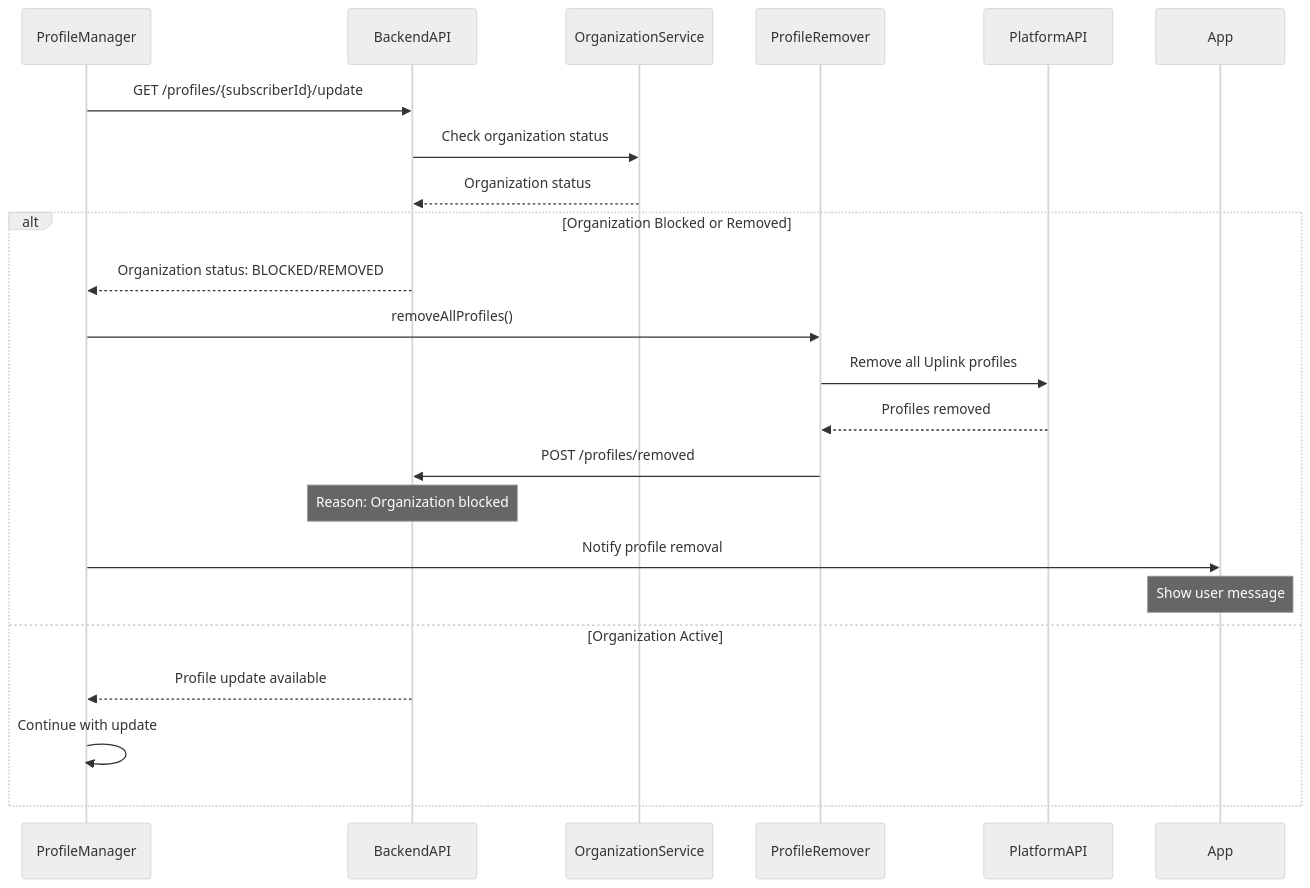
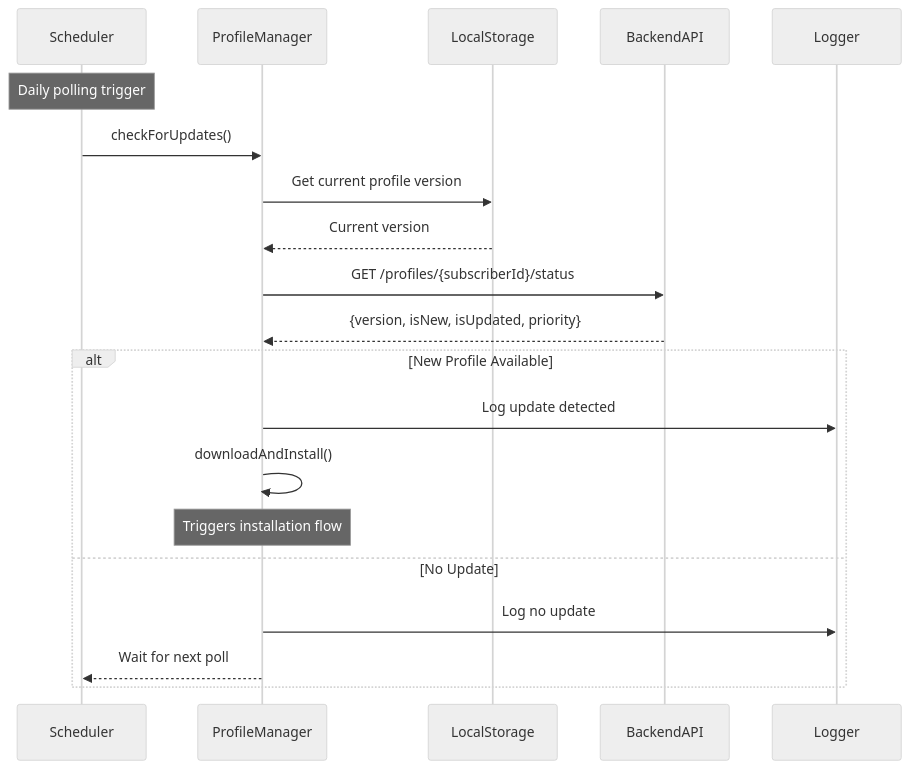
One commit to bellones/breakingnews changed the second of 3 diagrams in README.md. Above: the diagram before and after it, drawn with Mermaid (neutral theme). The commit also changed other lines of this file, not shown here.

````diff
--- a/README.md
+++ b/README.md
@@ -36,27 +59,26 @@
 ```mermaid
 sequenceDiagram
+    participant Scheduler
     participant ProfileManager
+    participant LocalStorage
     participant BackendAPI
-    participant OrganizationService
-    participant ProfileRemover
-    participant PlatformAPI
-    participant App
+    participant Logger
     
-    ProfileManager->>BackendAPI: GET /profiles/{subscriberId}/update
-    BackendAPI->>OrganizationService: Check organization status
-    OrganizationService-->>BackendAPI: Organization status
+    Note over Scheduler: Daily polling trigger
     
-    alt Organization Blocked or Removed
-        BackendAPI-->>ProfileManager: Organization status: BLOCKED/REMOVED
-        ProfileManager->>ProfileRemover: removeAllProfiles()
-        ProfileRemover->>PlatformAPI: Remove all Uplink profiles
-        PlatformAPI-->>ProfileRemover: Profiles removed
-        ProfileRemover->>BackendAPI: POST /profiles/removed
-        Note over BackendAPI: Reason: Organization blocked
-        ProfileManager->>App: Notify profile removal
-        Note over App: Show user message
-    else Organization Active
-        BackendAPI-->>ProfileManager: Profile update available
-        ProfileManager->>ProfileManager: Continue with update
+    Scheduler->>ProfileManager: checkForUpdates()
+    ProfileManager->>LocalStorage: Get current profile version
+    LocalStorage-->>ProfileManager: Current version
+    
+    ProfileManager->>BackendAPI: GET /profiles/{subscriberId}/status
+    BackendAPI-->>ProfileManager: {version, isNew, isUpdated, priority}
+    
+    alt New Profile Available
+        ProfileManager->>Logger: Log update detected
+        ProfileManager->>ProfileManager: downloadAndInstall()
+        Note over ProfileManager: Triggers installation flow
+    else No Update
+        ProfileManager->>Logger: Log no update
+        ProfileManager-->>Scheduler: Wait for next poll
     end
 ```
````
